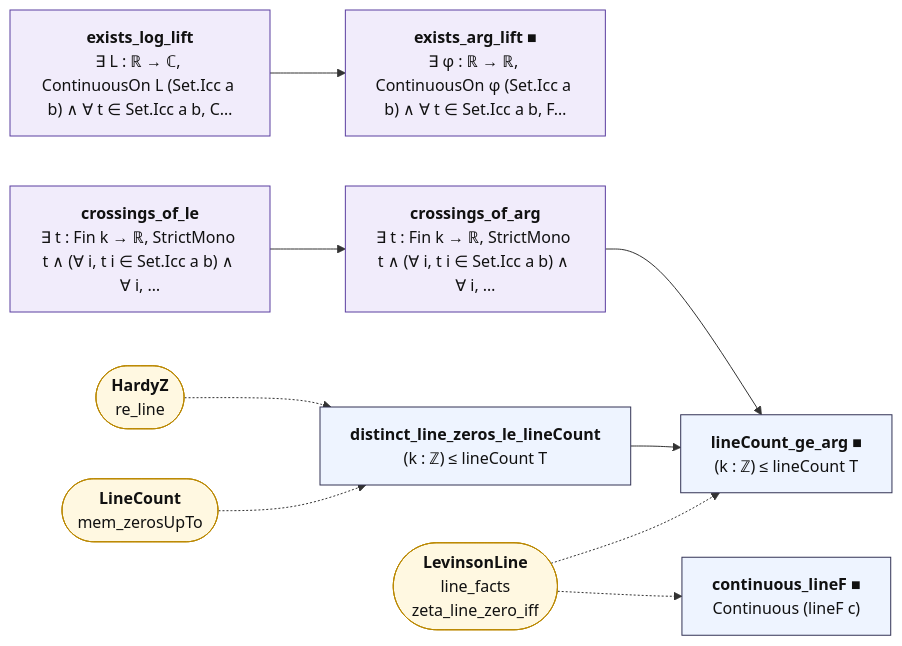
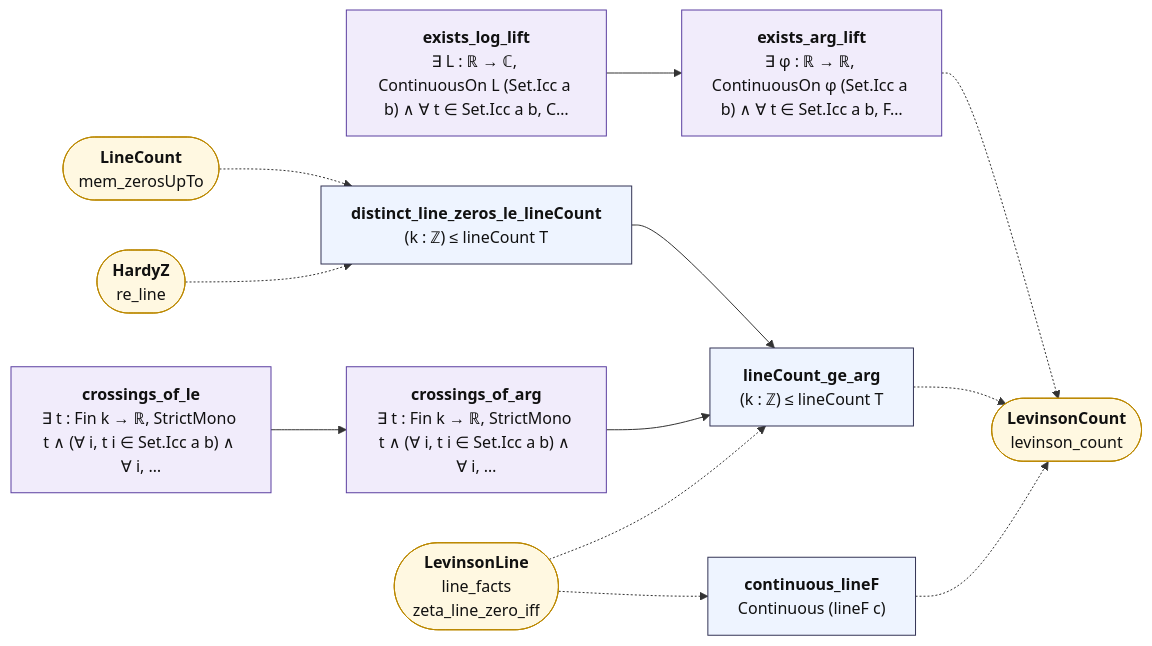
Before and after one commit to juliansambranojr/Primebeat_081426: the diagram in map/lean_stage3/LevinsonArg.md, drawn with Mermaid. The commit also changed other lines of this file and 26 other files, not shown here.

````diff
--- a/map/lean_stage3/LevinsonArg.md
+++ b/map/lean_stage3/LevinsonArg.md
@@ -14,29 +14,33 @@
 ```mermaid
 flowchart LR
   n0["<b>exists_log_lift</b><br/>∃ L : ℝ → ℂ, ContinuousOn L (Set.Icc a b) ∧ ∀ t ∈ Set.Icc a b, C…"]:::shp
-  n1["<b>exists_arg_lift ■</b><br/>∃ φ : ℝ → ℝ, ContinuousOn φ (Set.Icc a b) ∧ ∀ t ∈ Set.Icc a b, F…"]:::shp
+  n1["<b>exists_arg_lift</b><br/>∃ φ : ℝ → ℝ, ContinuousOn φ (Set.Icc a b) ∧ ∀ t ∈ Set.Icc a b, F…"]:::shp
   n2["<b>crossings_of_le</b><br/>∃ t : Fin k → ℝ, StrictMono t ∧ (∀ i, t i ∈ Set.Icc a b) ∧ ∀ i, …"]:::shp
   n3["<b>crossings_of_arg</b><br/>∃ t : Fin k → ℝ, StrictMono t ∧ (∀ i, t i ∈ Set.Icc a b) ∧ ∀ i, …"]:::shp
-  n4["<b>continuous_lineF ■</b><br/>Continuous (lineF c)"]:::thm
+  n4["<b>continuous_lineF</b><br/>Continuous (lineF c)"]:::thm
   n5["<b>distinct_line_zeros_le_lineCount</b><br/>(k : ℤ) ≤ lineCount T"]:::thm
-  n6["<b>lineCount_ge_arg ■</b><br/>(k : ℤ) ≤ lineCount T"]:::thm
-  x0(["<b>LevinsonLine</b><br/>line_facts<br/>zeta_line_zero_iff"]):::ext
-  x1(["<b>HardyZ</b><br/>re_line"]):::ext
-  x2(["<b>LineCount</b><br/>mem_zerosUpTo"]):::ext
+  n6["<b>lineCount_ge_arg</b><br/>(k : ℤ) ≤ lineCount T"]:::thm
+  x0(["<b>LevinsonCount</b><br/>levinson_count"]):::ext
+  x1(["<b>LevinsonLine</b><br/>line_facts<br/>zeta_line_zero_iff"]):::ext
+  x2(["<b>HardyZ</b><br/>re_line"]):::ext
+  x3(["<b>LineCount</b><br/>mem_zerosUpTo"]):::ext
   n0 --> n1
   n2 --> n3
   n3 --> n6
   n5 --> n6
-  x0 -.-> n4
-  x0 -.-> n6
-  x1 -.-> n5
+  n1 -.-> x0
+  n4 -.-> x0
+  n6 -.-> x0
+  x1 -.-> n4
+  x1 -.-> n6
   x2 -.-> n5
+  x3 -.-> n5
   classDef cnt fill:#dff5ec,stroke:#17694a,color:#111
   classDef shp fill:#f1ecfb,stroke:#5b3fa0,color:#111
   classDef rh fill:#ffe5e5,stroke:#c22,color:#111,stroke-width:2px
   classDef thm fill:#eef4ff,stroke:#335,color:#111
   classDef end_ fill:#e7f7e7,stroke:#2a7,color:#111,stroke-width:2px
   classDef lone fill:#fff,stroke:#999,color:#111,stroke-dasharray:4 3
   classDef bad fill:#ffe5e5,stroke:#c22,color:#111,stroke-width:2px
   classDef ext fill:#fff8e1,stroke:#b80,color:#111
 ```
````
